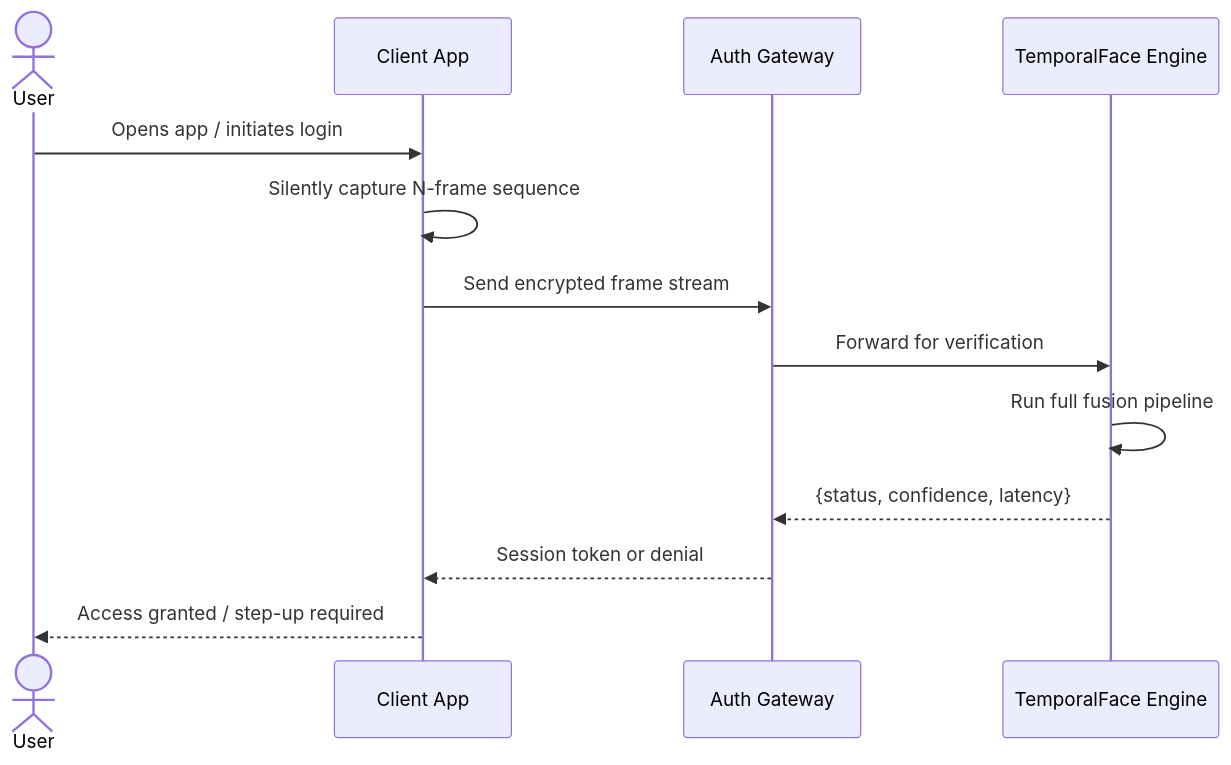
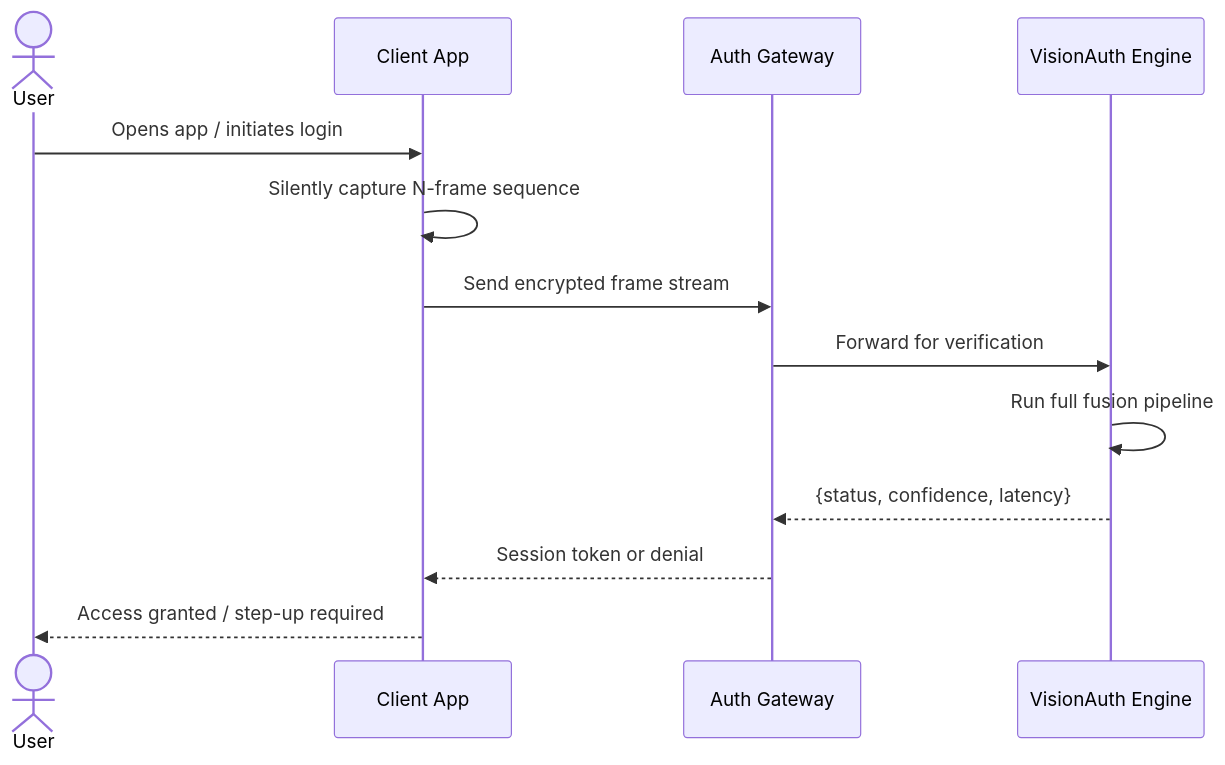
Before and after one commit to Harshid001/VisionAuth: the eighth of 12 diagrams in README.md, drawn with Mermaid. The commit also changed other lines of this file, not shown here.

Commit message:
Rename TemporalFace to VisionAuth in README

````diff
--- a/README.md
+++ b/README.md
@@ -400,16 +387,16 @@
 ```mermaid
 sequenceDiagram
     actor User
     participant Client as Client App
     participant Gateway as Auth Gateway
-    participant Engine as TemporalFace Engine
+    participant Engine as VisionAuth Engine
 
     User->>Client: Opens app / initiates login
     Client->>Client: Silently capture N-frame sequence
     Client->>Gateway: Send encrypted frame stream
     Gateway->>Engine: Forward for verification
     Engine->>Engine: Run full fusion pipeline
     Engine-->>Gateway: {status, confidence, latency}
     Gateway-->>Client: Session token or denial
     Client-->>User: Access granted / step-up required
 ```
````
